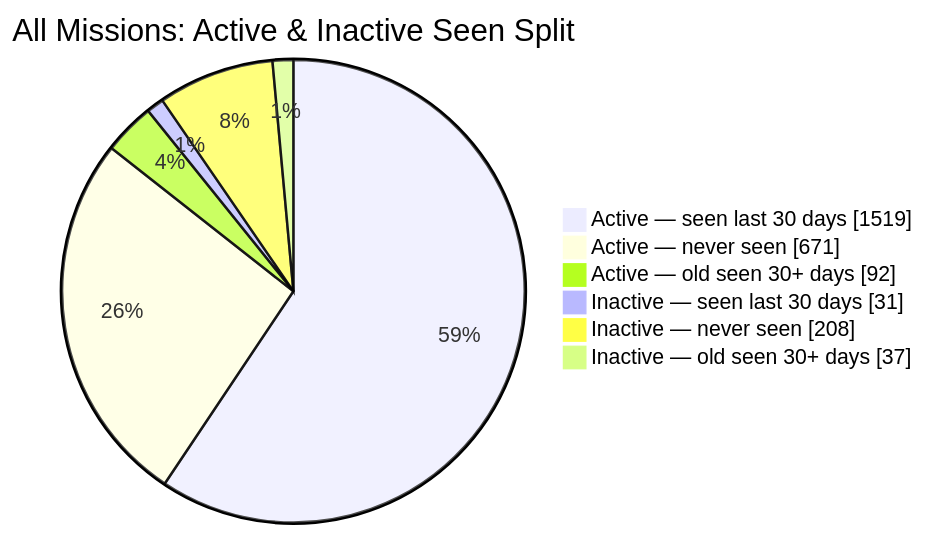
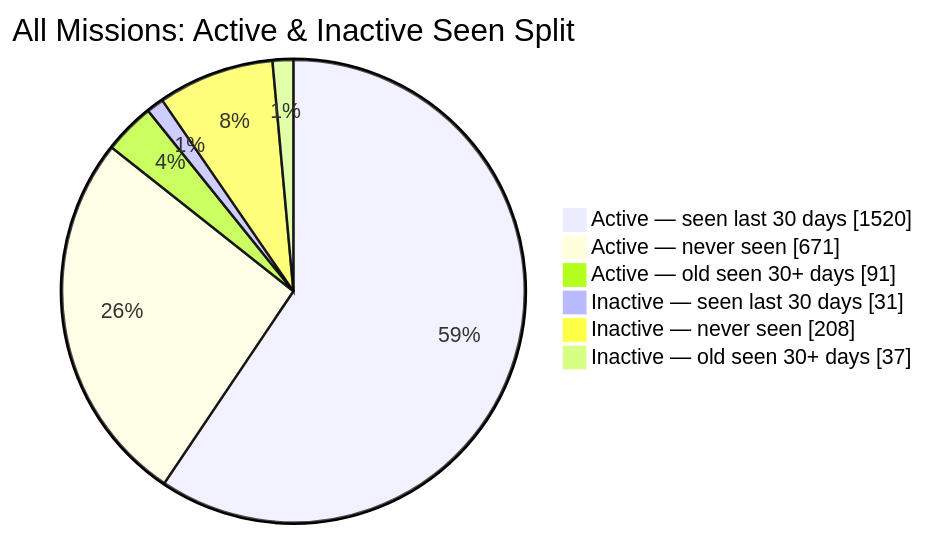
The second of 2 diagrams in README.md (MeldkamerspelGameTeam/active-missions), drawn with Mermaid before and after one commit. The commit also changed other lines of this file and 2 other files, not shown here.

````diff
--- a/README.md
+++ b/README.md
@@ -44,10 +44,10 @@
 ```mermaid
 pie showData
     title All Missions: Active & Inactive Seen Split
-    "Active — seen last 30 days" : 1519
+    "Active — seen last 30 days" : 1520
     "Active — never seen" : 671
-    "Active — old seen 30+ days" : 92
+    "Active — old seen 30+ days" : 91
     "Inactive — seen last 30 days" : 31
     "Inactive — never seen" : 208
     "Inactive — old seen 30+ days" : 37
 ```
````
